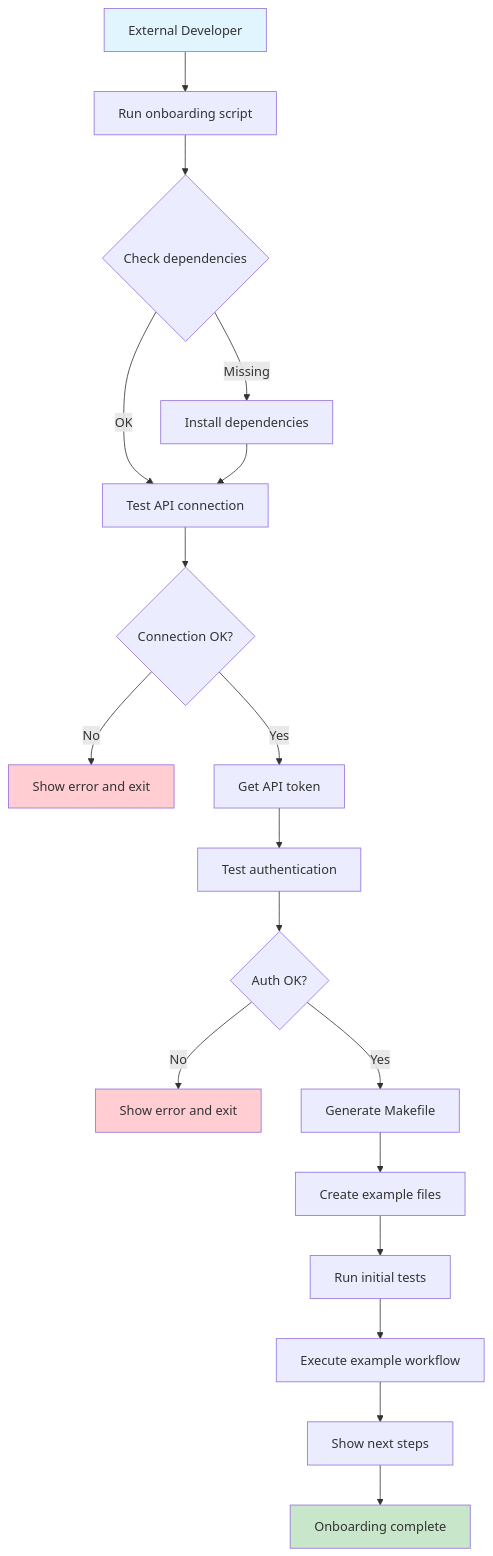
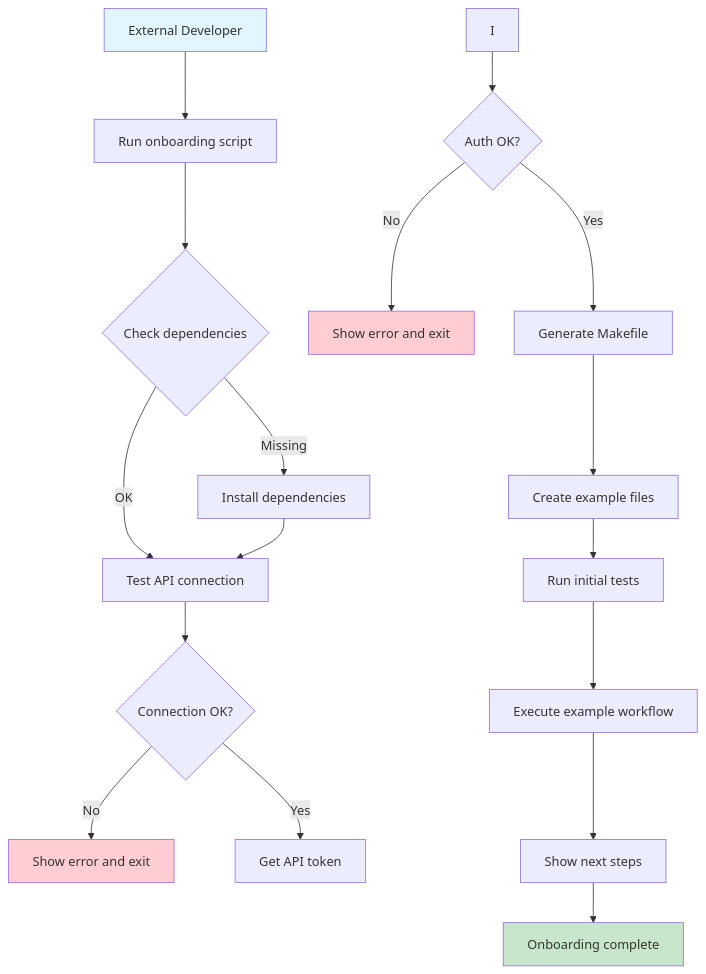
Before and after one commit to the-great-abby/ai-ide-api: the diagram in docs/user_stories/external_onboarding_with_makefile.md, drawn with Mermaid. The commit also changed other lines of this file and 36 other files, not shown here.

````diff
--- a/docs/user_stories/external_onboarding_with_makefile.md
+++ b/docs/user_stories/external_onboarding_with_makefile.md
@@ -132,25 +135,24 @@
 ```mermaid
 graph TD
     A[External Developer] --> B[Run onboarding script]
     B --> C{Check dependencies}
     C -->|Missing| D[Install dependencies]
     C -->|OK| E[Test API connection]
     D --> E
     E --> F{Connection OK?}
     F -->|No| G[Show error and exit]
     F -->|Yes| H[Get API token]
-    H --> I[Test authentication]
     I --> J{Auth OK?}
     J -->|No| K[Show error and exit]
     J -->|Yes| L[Generate Makefile]
     L --> M[Create example files]
     M --> N[Run initial tests]
     N --> O[Execute example workflow]
     O --> P[Show next steps]
     P --> Q[Onboarding complete]
     
     style A fill:#e1f5fe
     style Q fill:#c8e6c9
     style G fill:#ffcdd2
     style K fill:#ffcdd2
-```
+``` 
````
